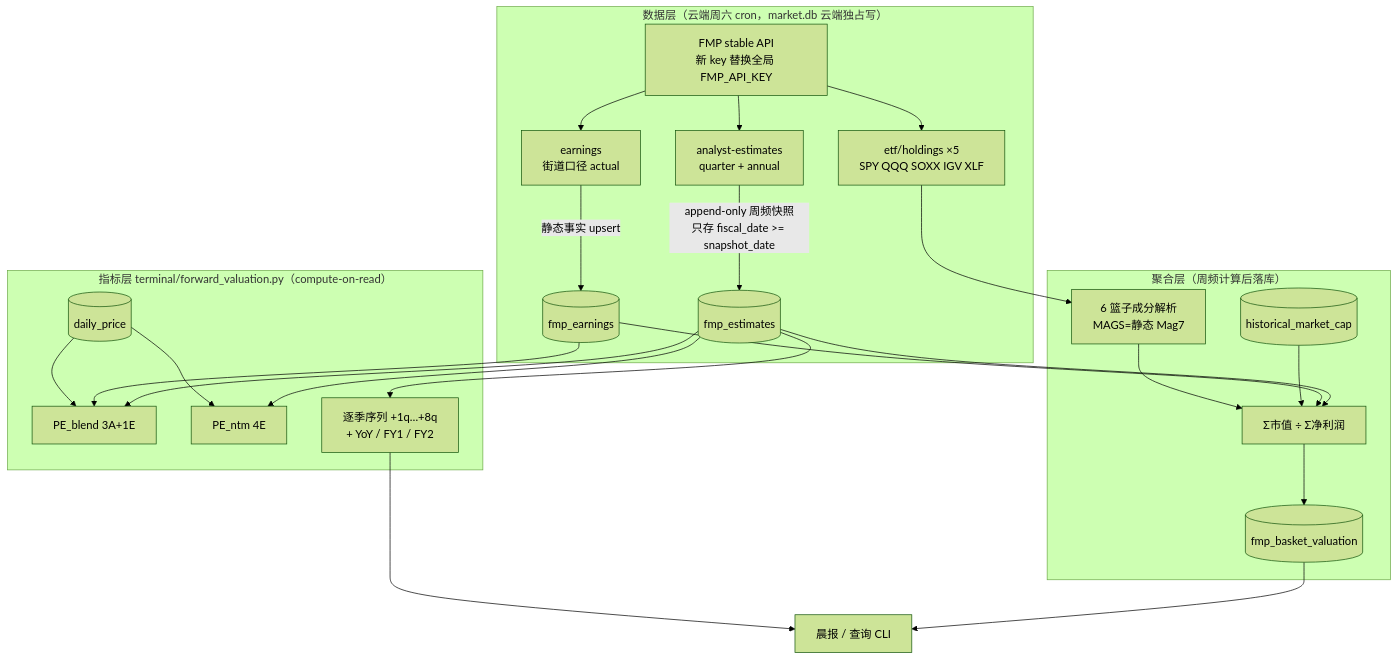
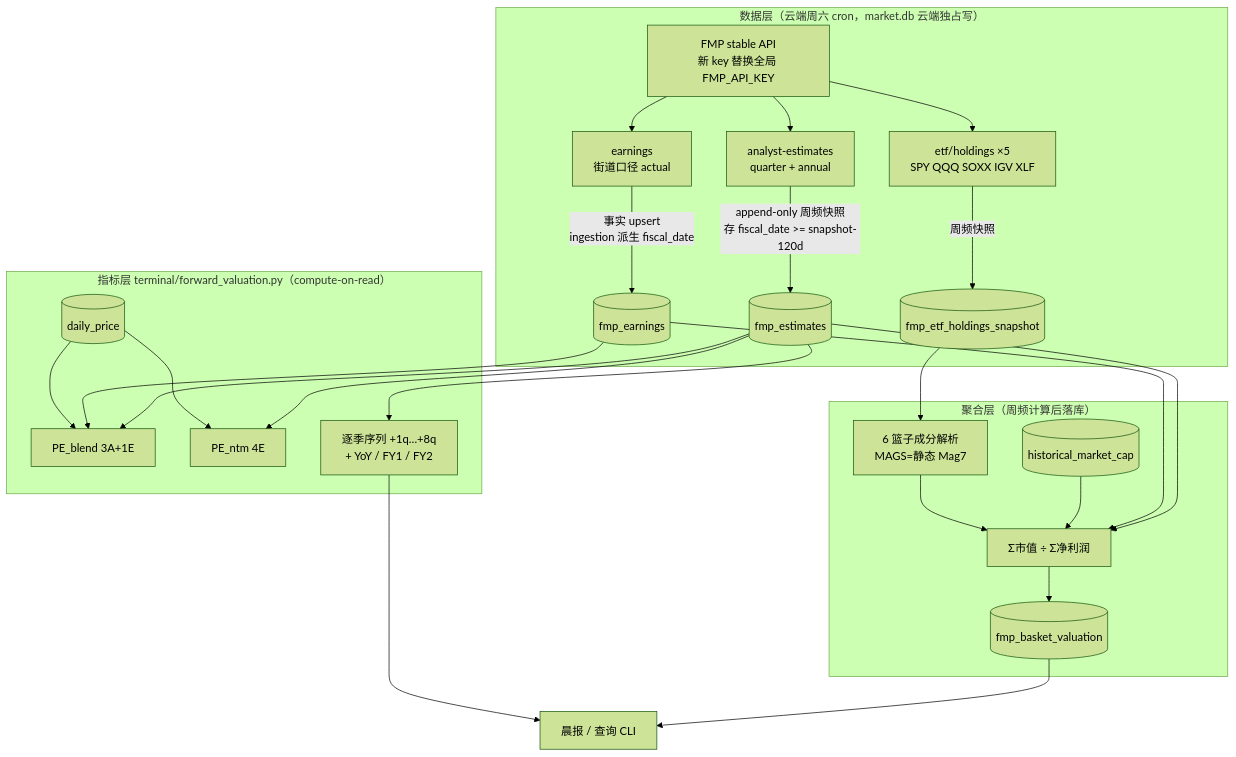
Before and after one commit to owenliang60-ship-it/finance: the diagram in docs/design/2026-07-09-fmp-forward-eps-valuation-spec.md, drawn with Mermaid (forest theme). The commit also changed other lines of this file, not shown here.

Commit message:
docs(design): spec review round-1 全修 — P0 报告滞后窗口断供 + 3×P1 PIT 口径（earnings fiscal_date 入库 / holdings 快照 / as-of 泄露）+ backfill 打标

````diff
--- a/docs/design/2026-07-09-fmp-forward-eps-valuation-spec.md
+++ b/docs/design/2026-07-09-fmp-forward-eps-valuation-spec.md
@@ -23,27 +24,28 @@
 ```mermaid
 flowchart TB
     subgraph 数据层["数据层（云端周六 cron，market.db 云端独占写）"]
         FMP[FMP stable API<br/>新 key 替换全局 FMP_API_KEY]
         H[etf/holdings ×5<br/>SPY QQQ SOXX IGV XLF]
         E[analyst-estimates<br/>quarter + annual]
         A[earnings<br/>街道口径 actual]
         FMP --> H & E & A
-        E -->|append-only 周频快照<br/>只存 fiscal_date >= snapshot_date| T1[(fmp_estimates)]
-        A -->|静态事实 upsert| T2[(fmp_earnings)]
+        E -->|append-only 周频快照<br/>存 fiscal_date >= snapshot-120d| T1[(fmp_estimates)]
+        A -->|事实 upsert<br/>ingestion 派生 fiscal_date| T2[(fmp_earnings)]
+        H -->|周频快照| T4[(fmp_etf_holdings_snapshot)]
     end
     subgraph 指标层["指标层 terminal/forward_valuation.py（compute-on-read）"]
         T1 & T2 --> PE1[PE_blend 3A+1E]
         T1 --> PE2[PE_ntm 4E]
         T1 --> SEQ[逐季序列 +1q…+8q<br/>+ YoY / FY1 / FY2]
         P[(daily_price)] --> PE1 & PE2
     end
     subgraph 聚合层["聚合层（周频计算后落库）"]
-        H --> BK[6 篮子成分解析<br/>MAGS=静态 Mag7]
+        T4 --> BK[6 篮子成分解析<br/>MAGS=静态 Mag7]
         T1 & T2 --> AGG[Σ市值 ÷ Σ净利润]
         MC[(historical_market_cap)] --> AGG
         BK --> AGG
         AGG --> T3[(fmp_basket_valuation)]
     end
     T3 --> R[晨报 / 查询 CLI]
     SEQ --> R
 ```
````
